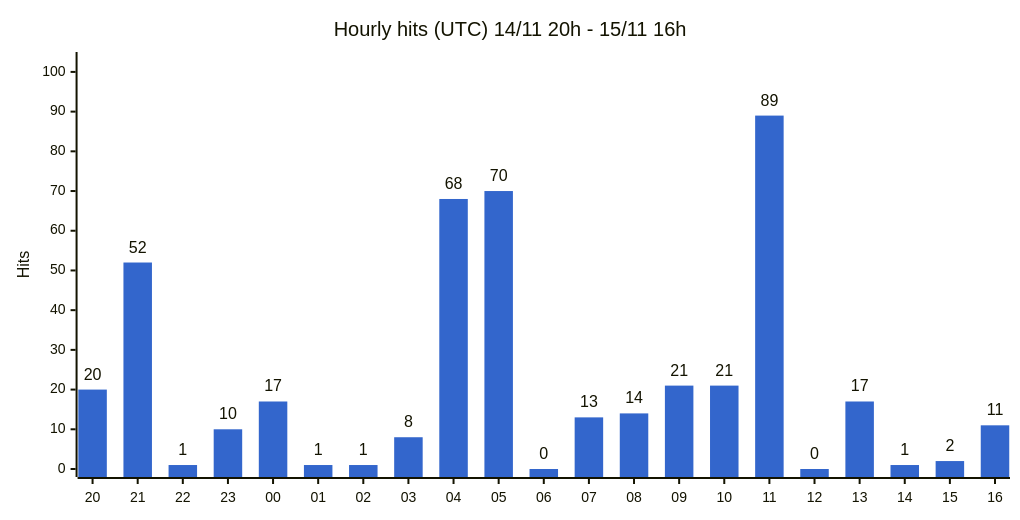
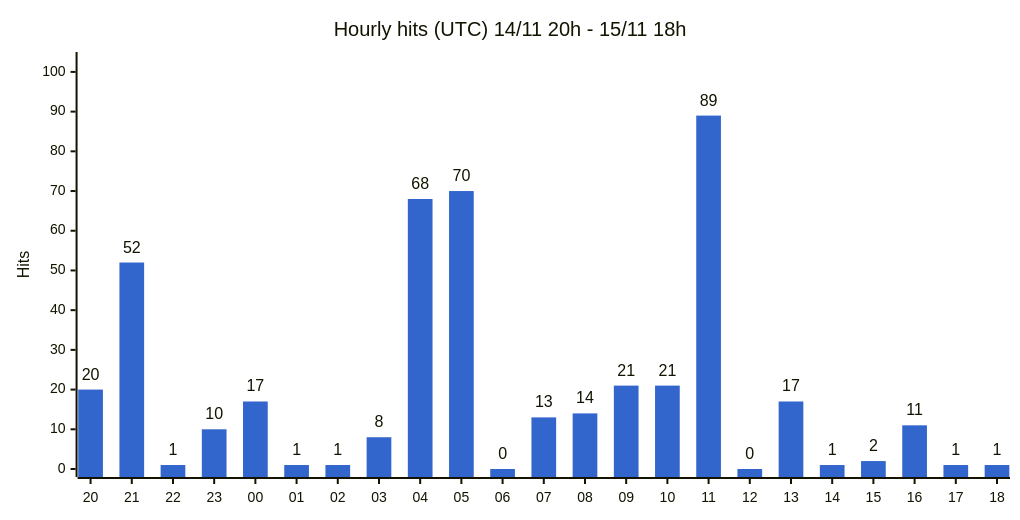
The first of 3 diagrams in docs/stats.md (gmoulard/wikipedia2book), drawn with Mermaid before and after one commit. The commit also changed other lines of this file and 1 other file, not shown here.

Commit message:
stats: deploy 2026-11-15 18:21 UTC

````diff
--- a/docs/stats.md
+++ b/docs/stats.md
@@ -17,8 +17,8 @@
 ```mermaid
 %%{init: {"xyChart": {"width": 1000, "showDataLabel": true, "showDataLabelOutsideBar": true}, "themeVariables": {"xyChart": {"plotColorPalette": "#3366cc"}}}}%%
 xychart-beta
-    title "Hourly hits (UTC) 14/11 20h - 15/11 16h"
-    x-axis ["20", "21", "22", "23", "00", "01", "02", "03", "04", "05", "06", "07", "08", "09", "10", "11", "12", "13", "14", "15", "16"]
+    title "Hourly hits (UTC) 14/11 20h - 15/11 18h"
+    x-axis ["20", "21", "22", "23", "00", "01", "02", "03", "04", "05", "06", "07", "08", "09", "10", "11", "12", "13", "14", "15", "16", "17", "18"]
     y-axis "Hits" 0 --> 103
-    bar [20, 52, 1, 10, 17, 1, 1, 8, 68, 70, 0, 13, 14, 21, 21, 89, 0, 17, 1, 2, 11]
+    bar [20, 52, 1, 10, 17, 1, 1, 8, 68, 70, 0, 13, 14, 21, 21, 89, 0, 17, 1, 2, 11, 1, 1]
 ```
````
